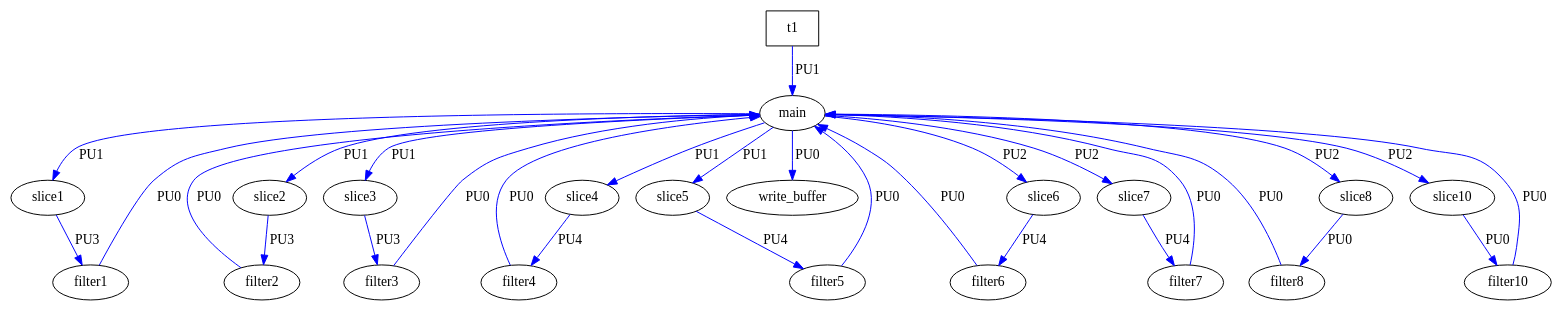
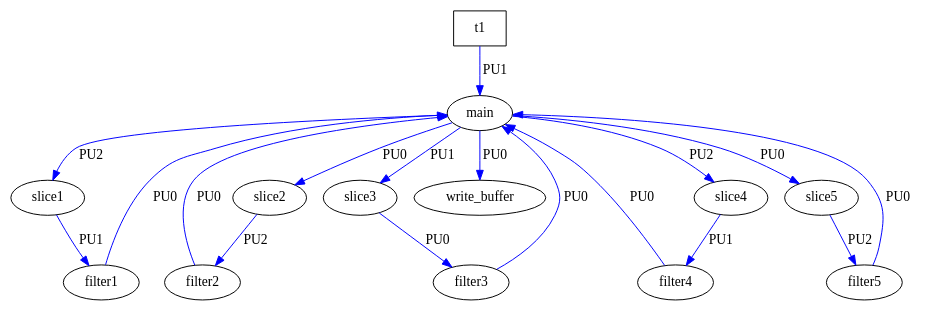
The diagram in graph.dot (samujoaz/ArchiDSE), drawn with Graphviz before and after one commit. The commit also changed 48 other files, not shown here.

```diff
--- a/graph.dot
+++ b/graph.dot
@@ -1,53 +1,33 @@
 digraph my_graph {
   overlap = scale;
    main[label="main"];
    slice1[label="slice1"];
    slice2[label="slice2"];
    slice3[label="slice3"];
    slice4[label="slice4"];
    slice5[label="slice5"];
-   slice6[label="slice6"];
-   slice7[label="slice7"];
-   slice8[label="slice8"];
-   slice10[label="slice10"];
    filter1[label="filter1"];
    filter2[label="filter2"];
    filter3[label="filter3"];
    filter4[label="filter4"];
    filter5[label="filter5"];
-   filter6[label="filter6"];
-   filter7[label="filter7"];
-   filter8[label="filter8"];
-   filter10[label="filter10"];
    write_buffer[label="write_buffer"];
    t1[label="t1",shape=box ];
    t1 -> main[label="PU1", color=blue];
-   main -> slice1[label="PU1", color=blue];
-   main -> slice2[label="PU1", color=blue];
+   main -> slice1[label="PU2", color=blue];
+   main -> slice2[label="PU0", color=blue];
    main -> slice3[label="PU1", color=blue];
-   main -> slice4[label="PU1", color=blue];
-   main -> slice5[label="PU1", color=blue];
-   main -> slice6[label="PU2", color=blue];
-   main -> slice7[label="PU2", color=blue];
-   main -> slice8[label="PU2", color=blue];
-   main -> slice10[label="PU2", color=blue];
-   slice1 -> filter1[label="PU3", color=blue];
-   slice2 -> filter2[label="PU3", color=blue];
-   slice3 -> filter3[label="PU3", color=blue];
-   slice4 -> filter4[label="PU4", color=blue];
-   slice5 -> filter5[label="PU4", color=blue];
-   slice6 -> filter6[label="PU4", color=blue];
-   slice7 -> filter7[label="PU4", color=blue];
-   slice8 -> filter8[label="PU0", color=blue];
-   slice10 -> filter10[label="PU0", color=blue];
+   main -> slice4[label="PU2", color=blue];
+   main -> slice5[label="PU0", color=blue];
+   slice1 -> filter1[label="PU1", color=blue];
+   slice2 -> filter2[label="PU2", color=blue];
+   slice3 -> filter3[label="PU0", color=blue];
+   slice4 -> filter4[label="PU1", color=blue];
+   slice5 -> filter5[label="PU2", color=blue];
    filter1 -> main[label="PU0", color=blue];
    filter2 -> main[label="PU0", color=blue];
    filter3 -> main[label="PU0", color=blue];
    filter4 -> main[label="PU0", color=blue];
    filter5 -> main[label="PU0", color=blue];
-   filter6 -> main[label="PU0", color=blue];
-   filter7 -> main[label="PU0", color=blue];
-   filter8 -> main[label="PU0", color=blue];
-   filter10 -> main[label="PU0", color=blue];
    main -> write_buffer[label="PU0", color=blue];
 }
```
